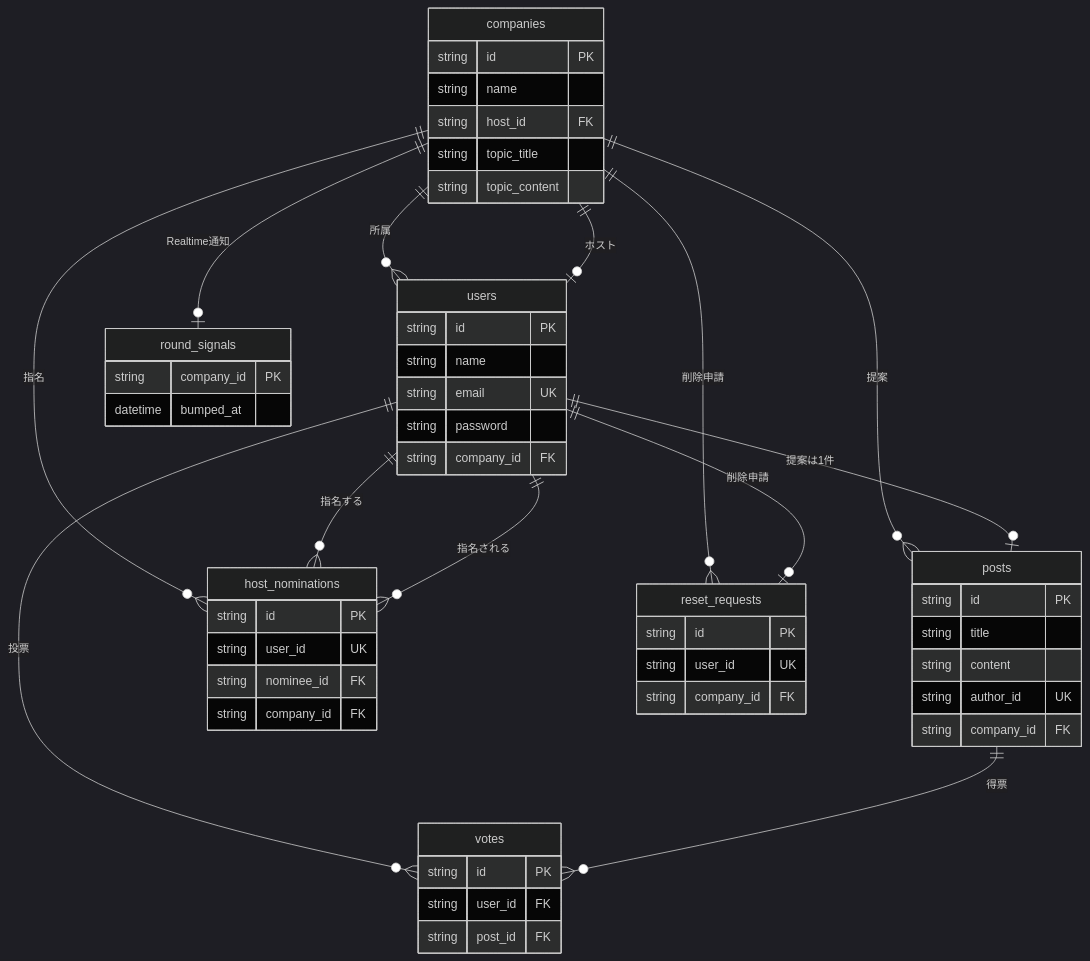
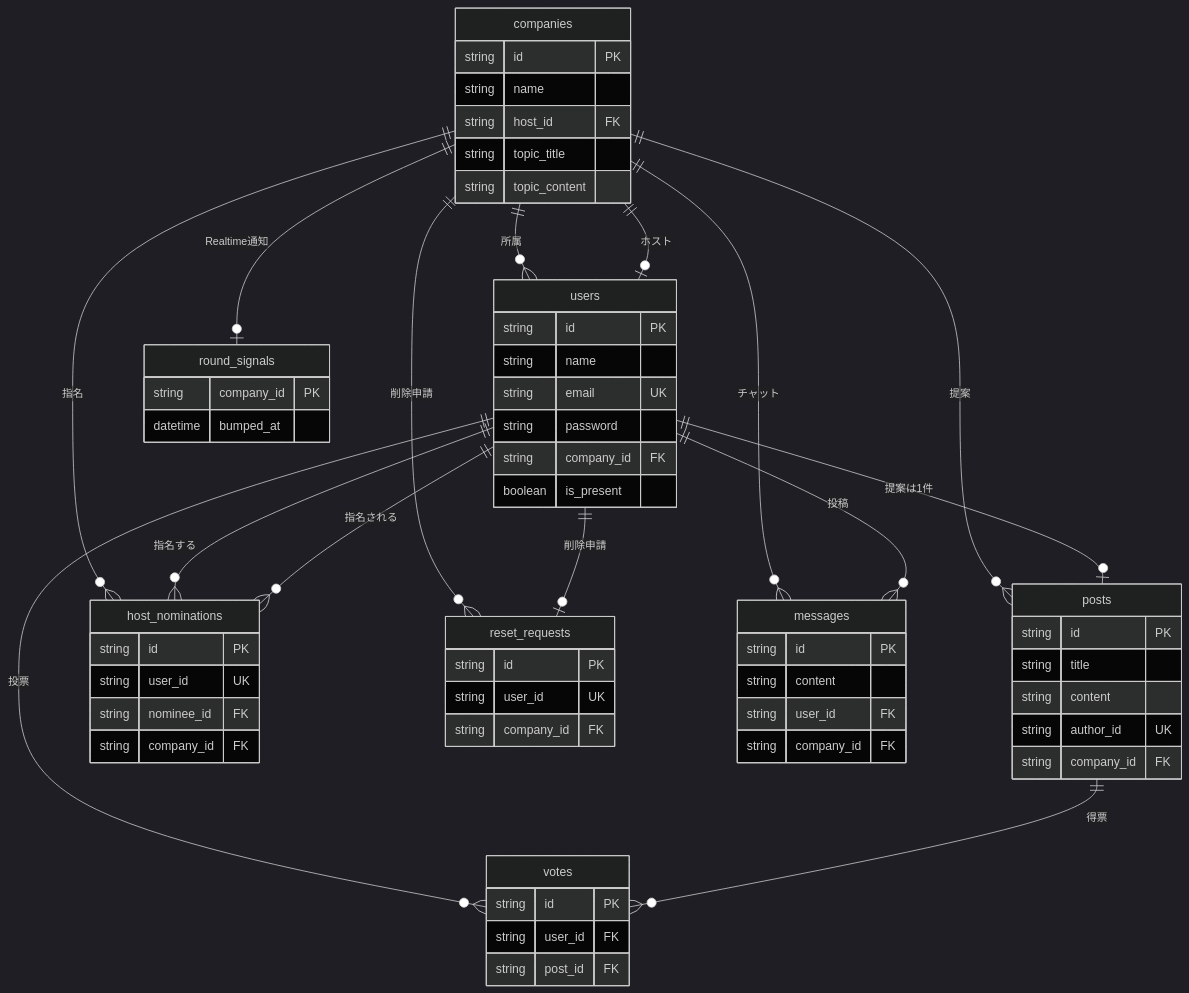
One commit to naoki1117/fast-vote changed the diagram in README.md. Above: the diagram before and after it, drawn with Mermaid (dark theme). The commit also changed other lines of this file and 16 other files, not shown here.

````diff
--- a/README.md
+++ b/README.md
@@ -226,63 +242,73 @@
 ```mermaid
 erDiagram
   companies ||--o{ users : "所属"
   companies ||--o| users : "ホスト"
   companies ||--o{ posts : "提案"
   companies ||--o{ host_nominations : "指名"
   companies ||--o{ reset_requests : "削除申請"
   companies ||--o| round_signals : "Realtime通知"
+  companies ||--o{ messages : "チャット"
   users ||--o| posts : "提案は1件"
+  users ||--o{ messages : "投稿"
   users ||--o{ votes : "投票"
   users ||--o{ host_nominations : "指名する"
   users ||--o{ host_nominations : "指名される"
   users ||--o| reset_requests : "削除申請"
   posts ||--o{ votes : "得票"
 
   companies {
     string id PK
     string name
     string host_id FK
     string topic_title
     string topic_content
   }
 
   users {
     string id PK
     string name
     string email UK
     string password
     string company_id FK
+    boolean is_present
   }
 
   posts {
     string id PK
     string title
     string content
     string author_id UK
     string company_id FK
   }
 
   votes {
     string id PK
     string user_id FK
     string post_id FK
   }
 
   host_nominations {
     string id PK
     string user_id UK
     string nominee_id FK
     string company_id FK
   }
 
   reset_requests {
     string id PK
     string user_id UK
     string company_id FK
   }
 
   round_signals {
     string company_id PK
     datetime bumped_at
   }
+
+  messages {
+    string id PK
+    string content
+    string user_id FK
+    string company_id FK
+  }
 ```
````
